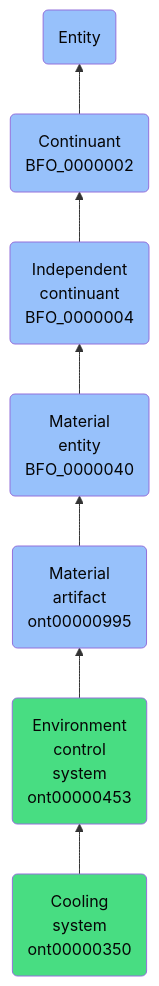
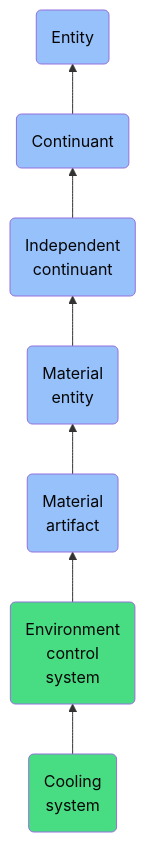
One commit to jupyter-naas/abi changed the diagram in docs/ontology/reference/model/Entity/Continuant/Independent continuant/Material entity/Material artifact/Environment control system/Cooling system/Cooling system.md. Above: the diagram before and after it, drawn with Mermaid. The commit also changed other lines of this file and 1430 other files, not shown here.

````diff
--- a/docs/ontology/reference/model/Entity/Continuant/Independent continuant/Material entity/Material artifact/Environment control system/Cooling system/Cooling system.md
+++ b/docs/ontology/reference/model/Entity/Continuant/Independent continuant/Material entity/Material artifact/Environment control system/Cooling system/Cooling system.md
@@ -24,14 +24,14 @@
 ```mermaid
 graph BT
-    ont00000350(Cooling<br>system<br>ont00000350):::ABI-->ont00000453
-    ont00000453(Environment<br>control<br>system<br>ont00000453):::ABI-->ont00000995
-    ont00000995(Material<br>artifact<br>ont00000995):::BFO-->BFO_0000040
-    BFO_0000040(Material<br>entity<br>BFO_0000040):::BFO-->BFO_0000004
-    BFO_0000004(Independent<br>continuant<br>BFO_0000004):::BFO-->BFO_0000002
-    BFO_0000002(Continuant<br>BFO_0000002):::BFO-->BFO_0000001
+    ont00000350(Cooling<br>system):::ABI-->ont00000453
+    ont00000453(Environment<br>control<br>system):::ABI-->ont00000995
+    ont00000995(Material<br>artifact):::BFO-->BFO_0000040
+    BFO_0000040(Material<br>entity):::BFO-->BFO_0000004
+    BFO_0000004(Independent<br>continuant):::BFO-->BFO_0000002
+    BFO_0000002(Continuant):::BFO-->BFO_0000001
     BFO_0000001(Entity):::BFO
     
     classDef BFO fill:#97c1fb,color:#060606
     classDef CCO fill:#e4c51e,color:#060606
     classDef ABI fill:#48DD82,color:#060606
 ```
````
